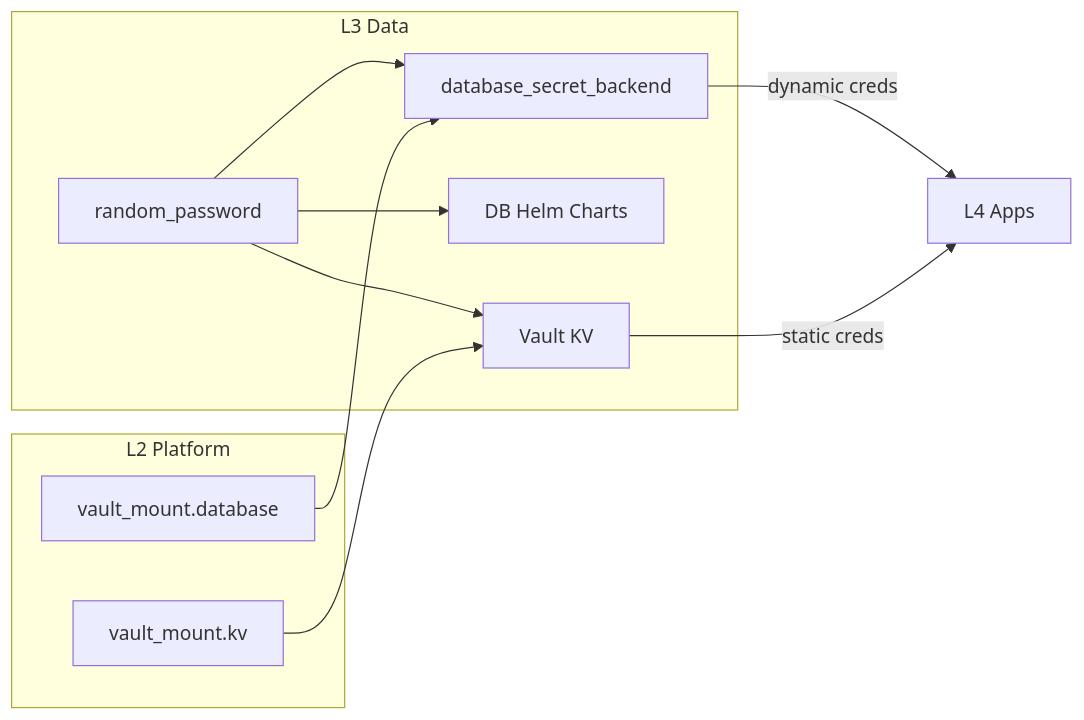
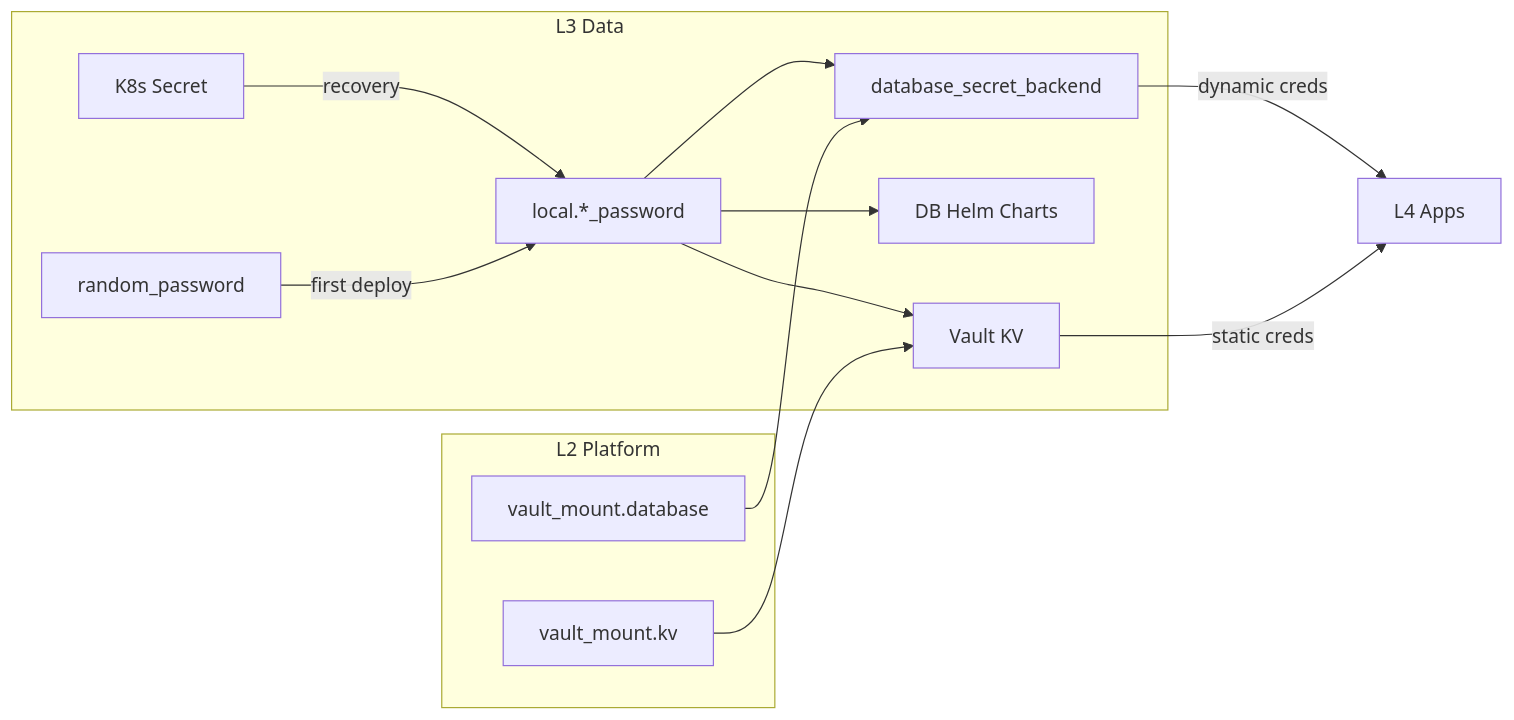
One commit to wangzitian0/infra changed the diagram in envs/prod/3.data/README.md. Above: the diagram before and after it, drawn with Mermaid. The commit also changed other lines of this file and 5 other files, not shown here.

First line of the commit message:
fix(l3): implement Vault-first password recovery pattern (#349) (#350)

````diff
--- a/envs/prod/3.data/README.md
+++ b/envs/prod/3.data/README.md
@@ -21,16 +21,18 @@
 ```mermaid
 graph LR
     subgraph "L2 Platform"
         VM[vault_mount.kv]
         VD[vault_mount.database]
     end
     subgraph "L3 Data"
-        RND[random_password] --> KV[Vault KV]
-        RND --> HELM[DB Helm Charts]
-        RND --> DB_CFG[database_secret_backend]
+        K8S[K8s Secret] --> |recovery| LOCAL[local.*_password]
+        RND[random_password] --> |first deploy| LOCAL
+        LOCAL --> KV[Vault KV]
+        LOCAL --> HELM[DB Helm Charts]
+        LOCAL --> DB_CFG[database_secret_backend]
     end
     VM --> KV
     VD --> DB_CFG
     DB_CFG --> |dynamic creds| L4[L4 Apps]
     KV --> |static creds| L4
 ```
````
